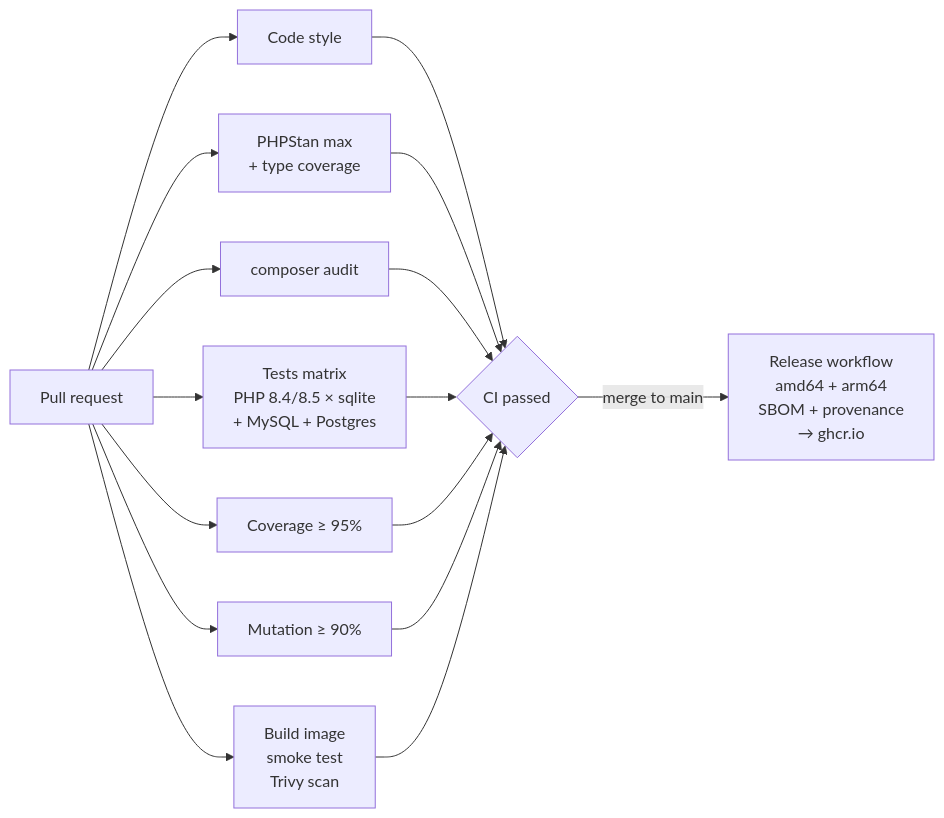
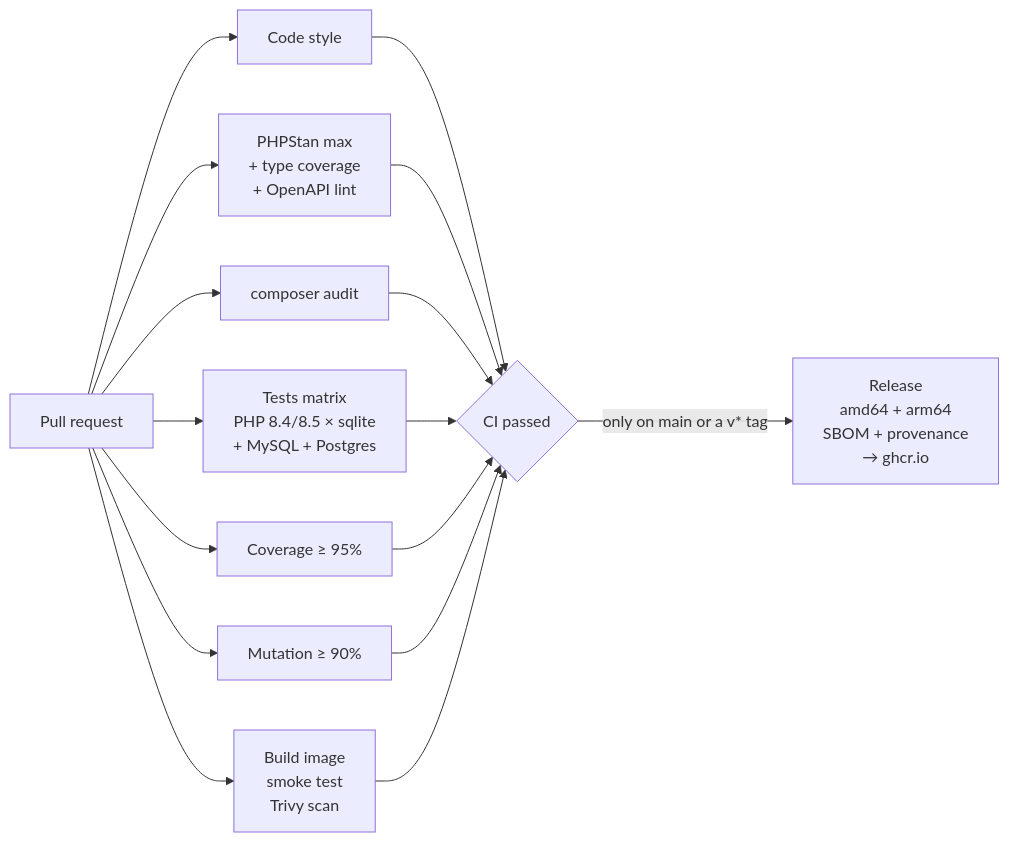
The diagram in README.md (GodfreysDragon/tally), drawn with Mermaid before and after one commit. The commit also changed other lines of this file and 1 other file, not shown here.

````diff
--- a/README.md
+++ b/README.md
@@ -40,12 +43,12 @@
 ```mermaid
 flowchart LR
     PR[Pull request] --> lint[Code style]
-    PR --> static[PHPStan max<br/>+ type coverage]
+    PR --> static[PHPStan max<br/>+ type coverage<br/>+ OpenAPI lint]
     PR --> deps[composer audit]
     PR --> tests[Tests matrix<br/>PHP 8.4/8.5 × sqlite<br/>+ MySQL + Postgres]
     PR --> cov[Coverage ≥ 95%]
     PR --> mut[Mutation ≥ 90%]
     PR --> docker[Build image<br/>smoke test<br/>Trivy scan]
     lint & static & deps & tests & cov & mut & docker --> gate{CI passed}
-    gate -->|merge to main| release[Release workflow<br/>amd64 + arm64<br/>SBOM + provenance<br/>→ ghcr.io]
+    gate -->|only on main or a v* tag| release[Release<br/>amd64 + arm64<br/>SBOM + provenance<br/>→ ghcr.io]
 ```
````
